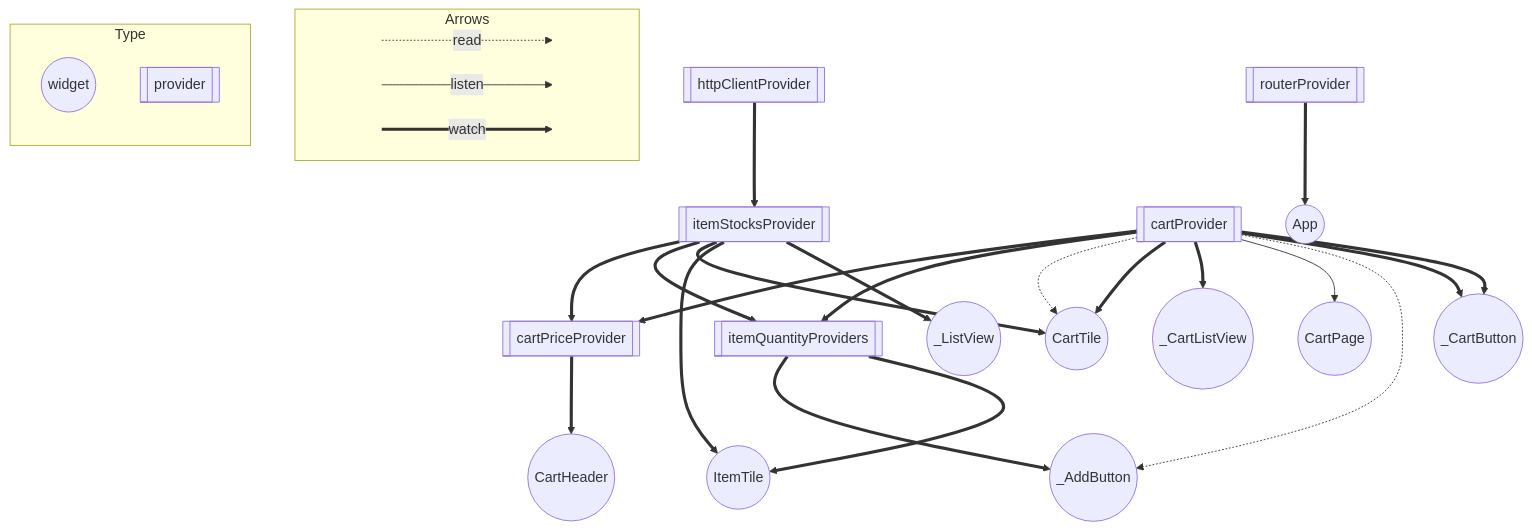
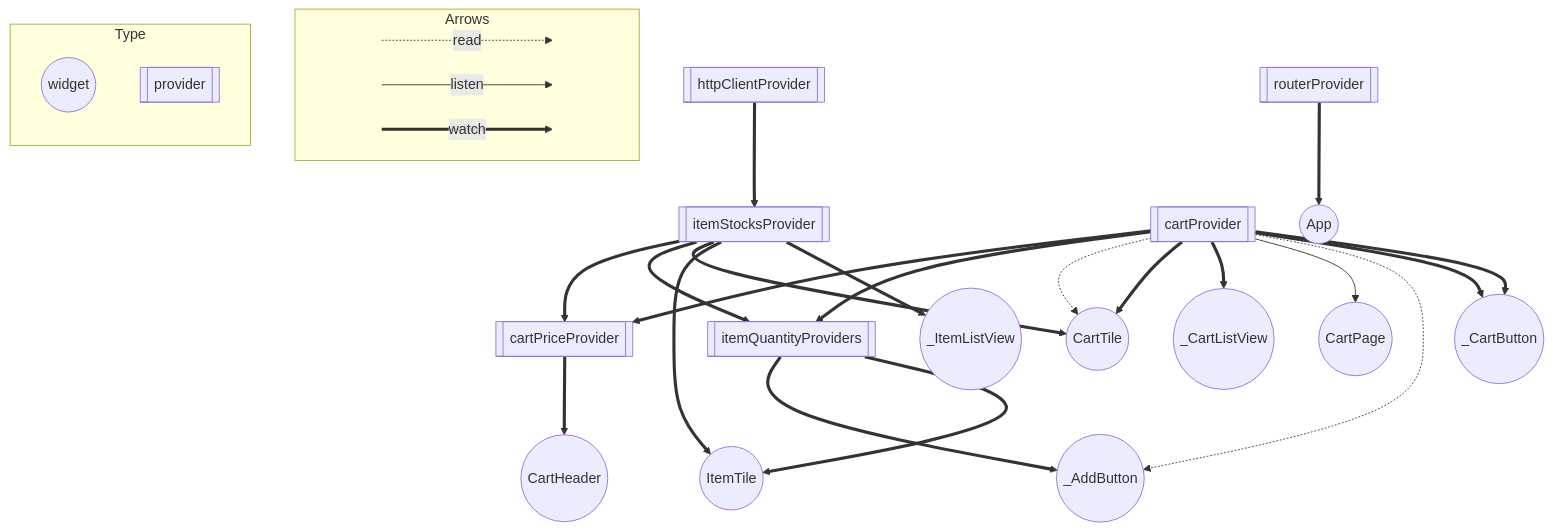
The diagram in README.md (mono0926/wdb106-flutter), drawn with Mermaid before and after one commit. The commit also changed 1 other file, not shown here.

````diff
--- a/README.md
+++ b/README.md
@@ -26,55 +26,55 @@
 ```mermaid
 flowchart TB
   subgraph Arrows
     direction LR
     start1[ ] -..->|read| stop1[ ]
     style start1 height:0px;
     style stop1 height:0px;
     start2[ ] --->|listen| stop2[ ]
     style start2 height:0px;
     style stop2 height:0px;
     start3[ ] ===>|watch| stop3[ ]
     style start3 height:0px;
     style stop3 height:0px;
   end
 
   subgraph Type
     direction TB
     ConsumerWidget((widget));
     Provider[[provider]];
   end
-  _ListView((_ListView));
-  itemStocksProvider ==> _ListView;
+  _ItemListView((_ItemListView));
+  itemStocksProvider ==> _ItemListView;
   _CartButton((_CartButton));
   cartProvider ==> _CartButton;
   cartProvider ==> _CartButton;
   ItemTile((ItemTile));
   itemStocksProvider ==> ItemTile;
   itemQuantityProviders ==> ItemTile;
   _AddButton((_AddButton));
   itemQuantityProviders ==> _AddButton;
   cartProvider -.-> _AddButton;
   CartPage((CartPage));
   cartProvider --> CartPage;
   _CartListView((_CartListView));
   cartProvider ==> _CartListView;
   CartHeader((CartHeader));
   cartPriceProvider ==> CartHeader;
   CartTile((CartTile));
   itemStocksProvider ==> CartTile;
   cartProvider ==> CartTile;
   cartProvider -.-> CartTile;
   App((App));
   routerProvider ==> App;
   itemStocksProvider[[itemStocksProvider]];
   httpClientProvider ==> itemStocksProvider;
   httpClientProvider[[httpClientProvider]];
   itemQuantityProviders[[itemQuantityProviders]];
   itemStocksProvider ==> itemQuantityProviders;
   cartProvider ==> itemQuantityProviders;
   cartProvider[[cartProvider]];
   cartPriceProvider[[cartPriceProvider]];
   cartProvider ==> cartPriceProvider;
   itemStocksProvider ==> cartPriceProvider;
   routerProvider[[routerProvider]];
   ```
````
